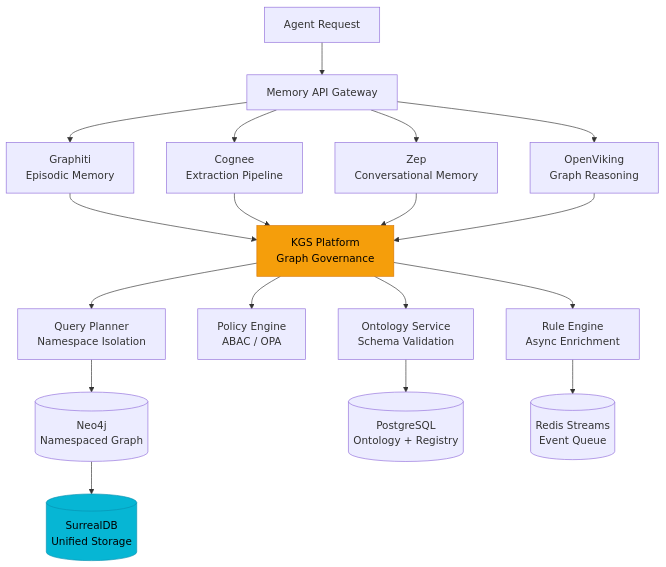
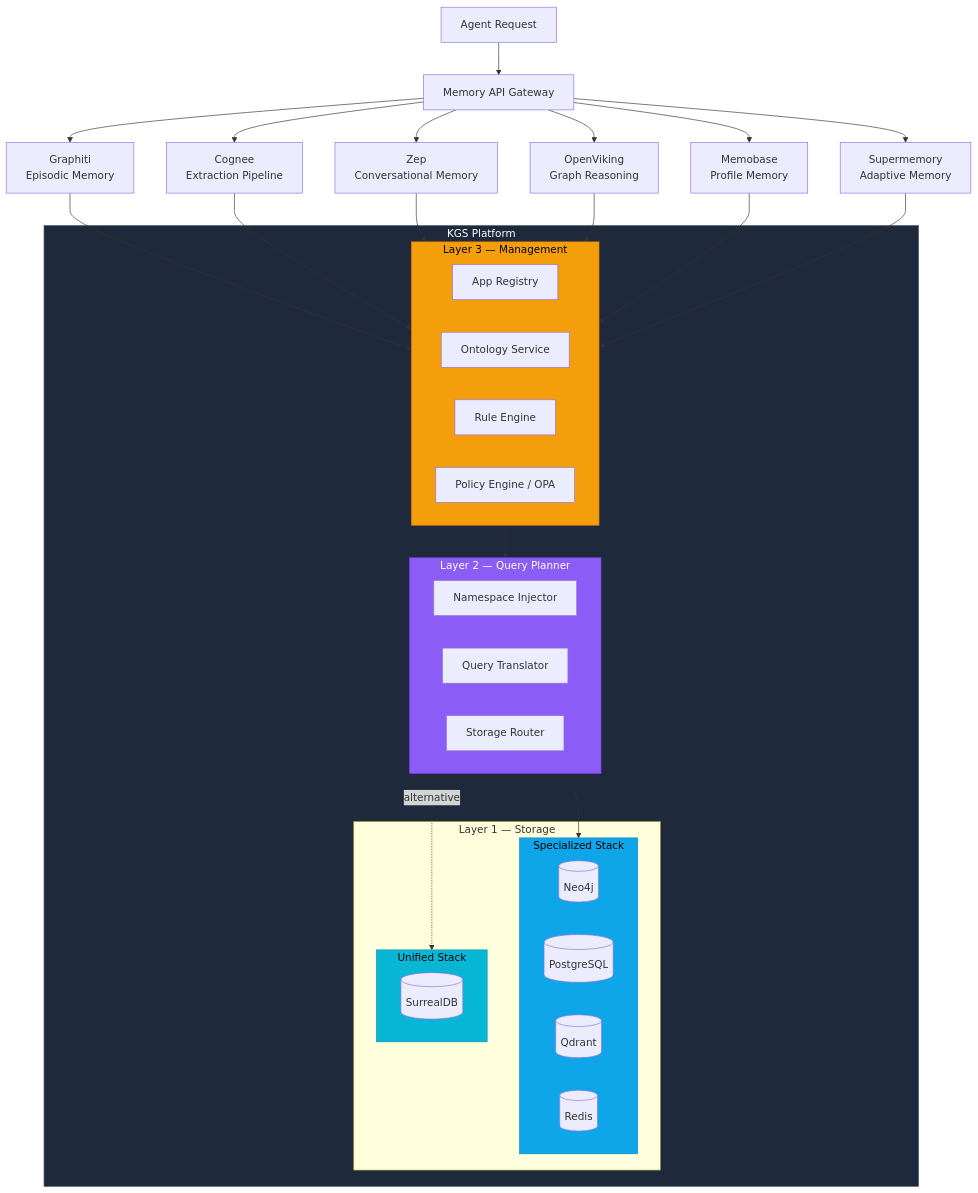
The diagram in docs/requirements.md (blcvn/knowledge-gateway), drawn with Mermaid before and after one commit. The commit also changed other lines of this file and 959 other files, not shown here.

````diff
--- a/docs/requirements.md
+++ b/docs/requirements.md
@@ -269,28 +291,53 @@
 ```mermaid
 graph TD
     A[Agent Request] --> B[Memory API Gateway]
     
     B --> C[Graphiti<br/>Episodic Memory]
     B --> D[Cognee<br/>Extraction Pipeline]
     B --> E[Zep<br/>Conversational Memory]
     B --> F[OpenViking<br/>Graph Reasoning]
+    B --> MB[Memobase<br/>Profile Memory]
+    B --> SM[Supermemory<br/>Adaptive Memory]
     
-    C --> G[KGS Platform<br/>Graph Governance]
-    D --> G
-    E --> G
-    F --> G
+    C --> L3
+    D --> L3
+    E --> L3
+    F --> L3
+    MB --> L3
+    SM --> L3
     
-    G --> H[Ontology Service<br/>Schema Validation]
-    G --> I[Policy Engine<br/>ABAC / OPA]
-    G --> J[Rule Engine<br/>Async Enrichment]
-    G --> K[Query Planner<br/>Namespace Isolation]
+    subgraph KGS["KGS Platform"]
+        subgraph L3["Layer 3 — Management"]
+            H[App Registry] 
+            I[Ontology Service]
+            J[Rule Engine]
+            K[Policy Engine / OPA]
+        end
+        subgraph L2["Layer 2 — Query Planner"]
+            P[Namespace Injector]
+            Q[Query Translator]
+            R[Storage Router]
+        end
+        subgraph L1["Layer 1 — Storage"]
+            subgraph SS["Specialized Stack"]
+                S1[(Neo4j)]
+                S2[(PostgreSQL)]
+                S3[(Qdrant)]
+                S4[(Redis)]
+            end
+            subgraph US["Unified Stack"]
+                S5[(SurrealDB)]
+            end
+        end
+    end
     
-    K --> L[(Neo4j<br/>Namespaced Graph)]
-    H --> M[(PostgreSQL<br/>Ontology + Registry)]
-    J --> N[(Redis Streams<br/>Event Queue)]
+    L3 --> L2
+    L2 --> SS
+    L2 -.->|alternative| US
     
-    L --> O[(SurrealDB<br/>Unified Storage)]
-    
-    style G fill:#f59e0b,stroke:#d97706,color:#000
-    style O fill:#06b6d4,stroke:#0891b2,color:#000
+    style KGS fill:#1e293b,stroke:#475569,color:#fff
+    style L3 fill:#f59e0b,stroke:#d97706,color:#000
+    style L2 fill:#8b5cf6,stroke:#7c3aed,color:#fff
+    style SS fill:#0ea5e9,stroke:#0284c7,color:#000
+    style US fill:#06b6d4,stroke:#0891b2,color:#000
 ```
````
